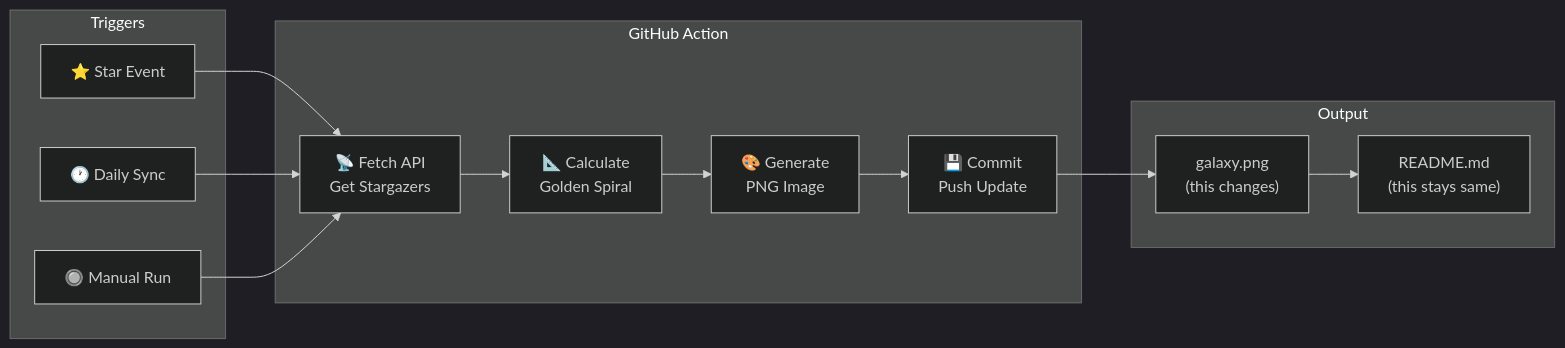
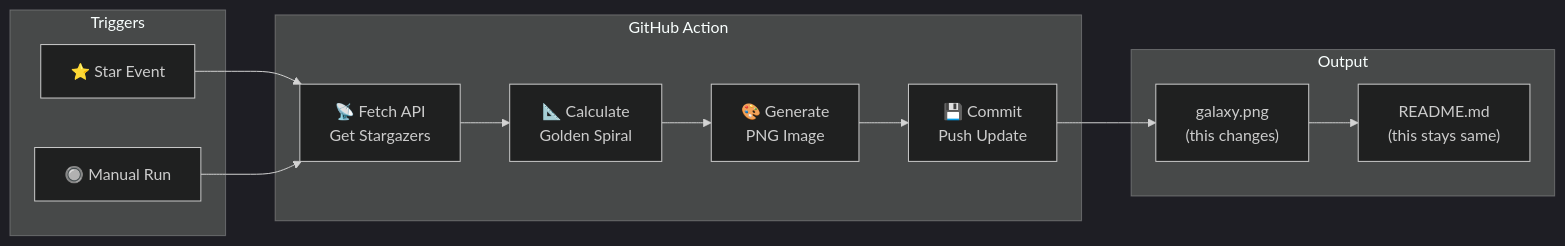
One commit to tznthou/day-19-stargazer-galaxy changed the diagram in README_EN.md. Above: the diagram before and after it, drawn with Mermaid (dark theme). The commit also changed other lines of this file and 2 other files, not shown here.

````diff
--- a/README_EN.md
+++ b/README_EN.md
@@ -93,26 +93,24 @@
 ```mermaid
 flowchart LR
     subgraph Trigger["Triggers"]
         Star["⭐ Star Event"]
-        Cron["🕐 Daily Sync"]
         Manual["🔘 Manual Run"]
     end
 
     subgraph Action["GitHub Action"]
         Fetch["📡 Fetch API<br/>Get Stargazers"]
         Calc["📐 Calculate<br/>Golden Spiral"]
         Gen["🎨 Generate<br/>PNG Image"]
         Commit["💾 Commit<br/>Push Update"]
     end
 
     subgraph Output["Output"]
         PNG["galaxy.png<br/>(this changes)"]
         README["README.md<br/>(this stays same)"]
     end
 
     Star --> Fetch
-    Cron --> Fetch
     Manual --> Fetch
     Fetch --> Calc --> Gen --> Commit
     Commit --> PNG --> README
 ```
````
